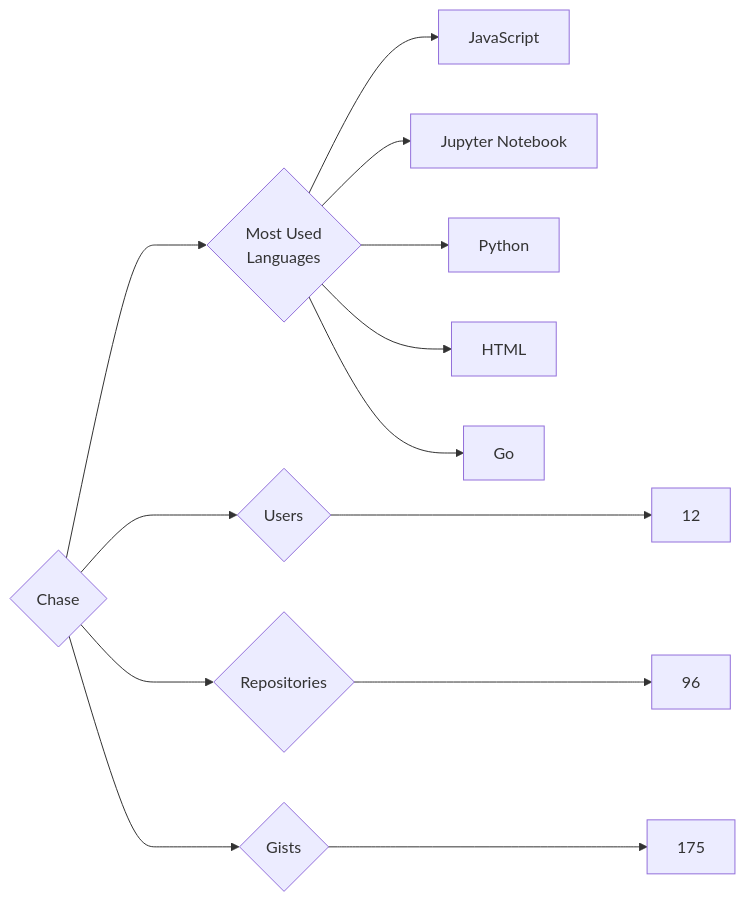
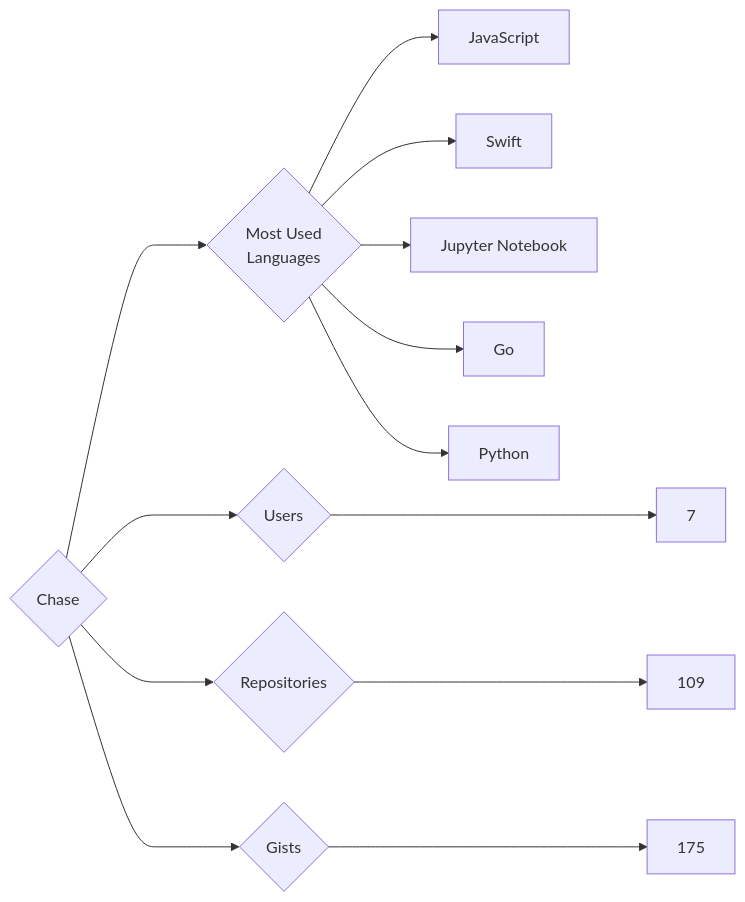
One commit to trickest/insiders changed the diagram in targets/Chase/README.md. Above: the diagram before and after it, drawn with Mermaid. The commit also changed 988 other files, not shown here.

````diff
--- a/targets/Chase/README.md
+++ b/targets/Chase/README.md
@@ -3,13 +3,13 @@
 ```mermaid
 graph LR
 COMPANY_NAME{Chase}
-COMPANY_NAME ---> U{Users} ---> UN[12]
-COMPANY_NAME ---> R{Repositories} ---> RN[96]
+COMPANY_NAME ---> U{Users} ---> UN[7]
+COMPANY_NAME ---> R{Repositories} ---> RN[109]
 COMPANY_NAME ---> G{Gists} ---> GN[175]
 COMPANY_NAME ---> ML{Most Used<br>Languages}
 ML --> JavaScript[JavaScript]
+ML --> Swift[Swift]
 ML --> Jupyter_Notebook[Jupyter Notebook]
+ML --> Go[Go]
 ML --> Python[Python]
-ML --> HTML[HTML]
-ML --> Go[Go]
 ```
````
